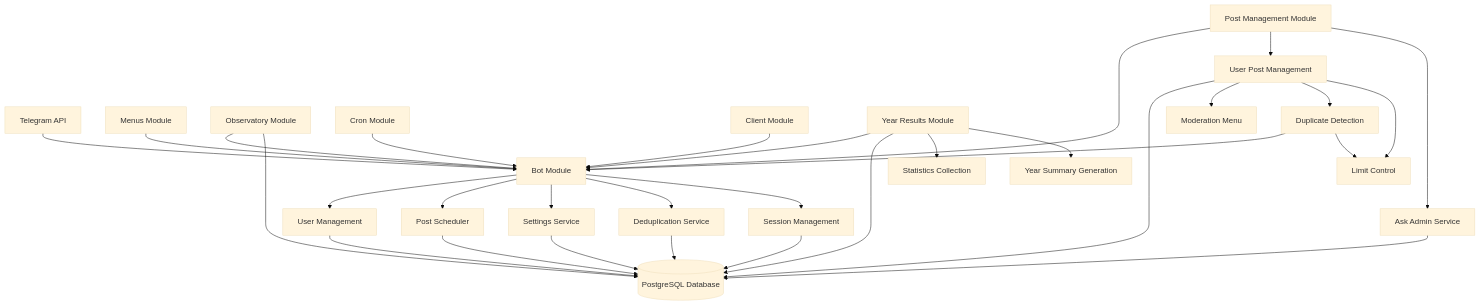
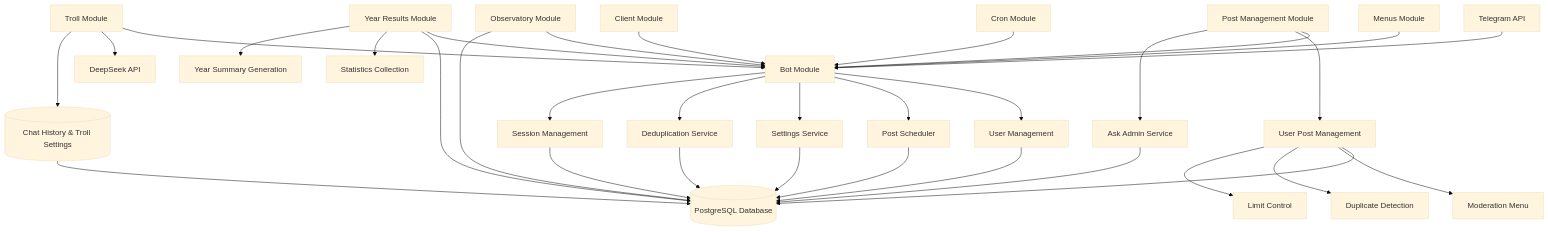
Before and after one commit to semirov/tg-bot: the first of 2 diagrams in README.md, drawn with Mermaid (base theme). The commit also changed other lines of this file and 1 other file, not shown here.

First line of the commit message:
docs(troll): refresh module and project docs

````diff
--- a/README.md
+++ b/README.md
@@ -97,37 +97,39 @@
 ```mermaid
 graph TD
     A[Telegram API] --> B[Bot Module]
     B --> C[User Management]
     B --> D[Post Scheduler]
     B --> E[Settings Service]
     B --> F[Deduplication Service]
     B --> G[Session Management]
     
     H[Post Management Module] --> B
     H --> I[User Post Management]
     H --> J[Ask Admin Service]
     
     K[Menus Module] --> B
     L[Observatory Module] --> B
     M[Cron Module] --> B
     N[Client Module] --> B
     O[Year Results Module] --> B
-    R[Troll Module] --> B
-    R --> S[DeepSeek API]
+    V[Troll Module] --> B
+    V --> W[DeepSeek API]
     
     C --> P[(PostgreSQL Database)]
     D --> P
     E --> P
     F --> P
     G --> P
     I --> P
     J --> P
     L --> P
     O --> P
     
     I --> Q[Moderation Menu]
     I --> R[Duplicate Detection]
     I --> S[Limit Control]
     O --> T[Statistics Collection]
     O --> U[Year Summary Generation]
+    V --> Y[(Chat History & Troll Settings)]
+    Y --> P
 ```
````
